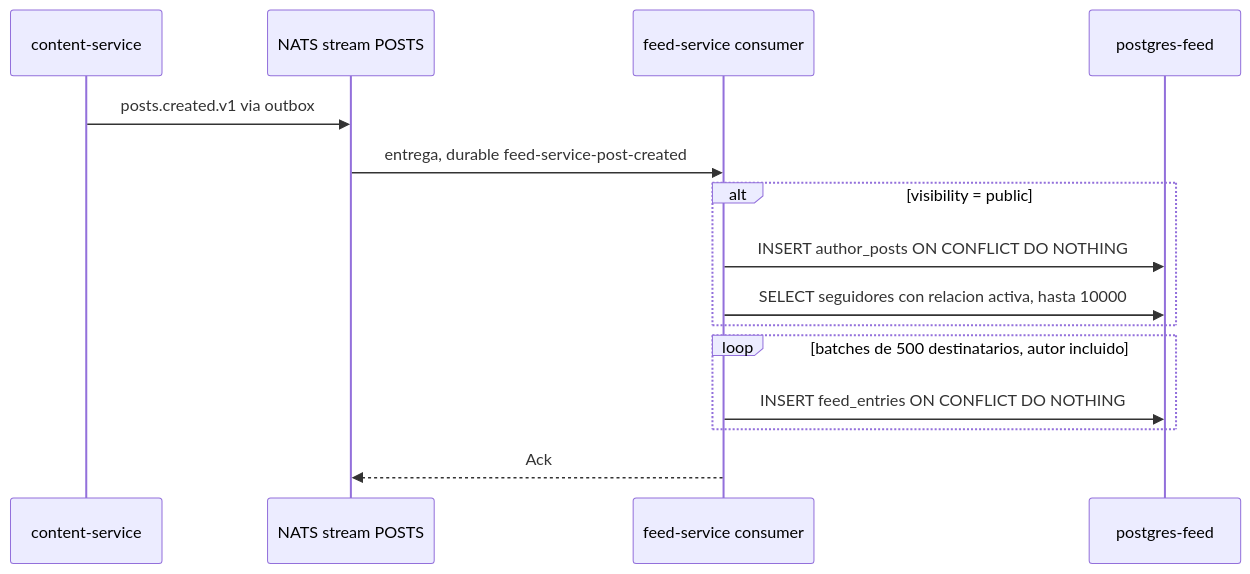
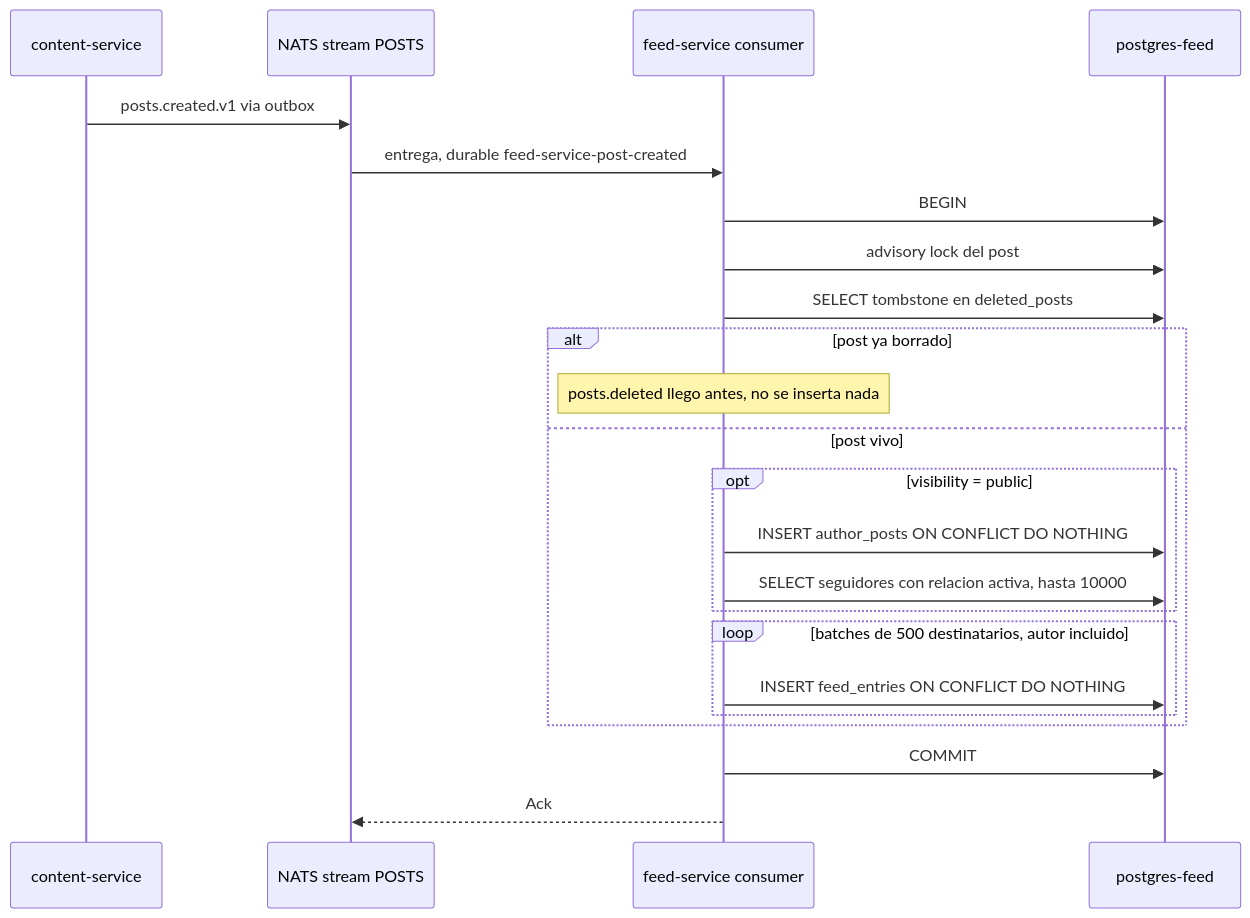
The second of 4 diagrams in docs/technical/FEED.md (juantevez/go-feed), drawn with Mermaid before and after one commit. The commit also changed other lines of this file and 9 other files, not shown here.

First line of the commit message:
feed: stop deleted posts from coming back as ghosts

````diff
--- a/docs/technical/FEED.md
+++ b/docs/technical/FEED.md
@@ -193,18 +194,26 @@
 ```mermaid
 sequenceDiagram
     participant CS as content-service
     participant JS as NATS stream POSTS
     participant K as feed-service consumer
     participant DB as postgres-feed
 
     CS->>JS: posts.created.v1 via outbox
     JS->>K: entrega, durable feed-service-post-created
-    alt visibility = public
-        K->>DB: INSERT author_posts ON CONFLICT DO NOTHING
-        K->>DB: SELECT seguidores con relacion activa, hasta 10000
+    K->>DB: BEGIN
+    K->>DB: advisory lock del post
+    K->>DB: SELECT tombstone en deleted_posts
+    alt post ya borrado
+        Note over K: posts.deleted llego antes, no se inserta nada
+    else post vivo
+        opt visibility = public
+            K->>DB: INSERT author_posts ON CONFLICT DO NOTHING
+            K->>DB: SELECT seguidores con relacion activa, hasta 10000
+        end
+        loop batches de 500 destinatarios, autor incluido
+            K->>DB: INSERT feed_entries ON CONFLICT DO NOTHING
+        end
     end
-    loop batches de 500 destinatarios, autor incluido
-        K->>DB: INSERT feed_entries ON CONFLICT DO NOTHING
-    end
+    K->>DB: COMMIT
     K-->>JS: Ack
 ```
````
